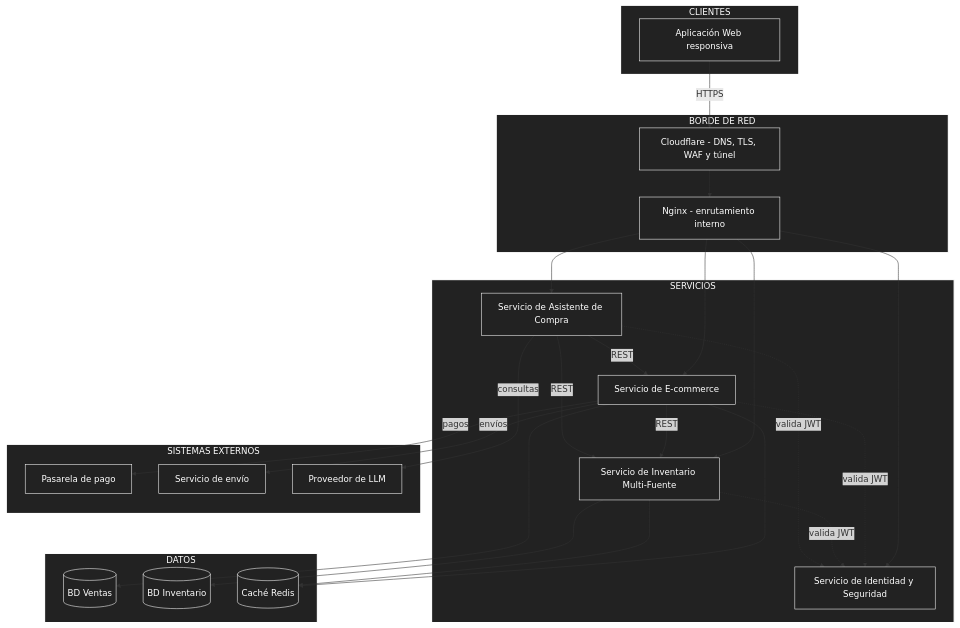
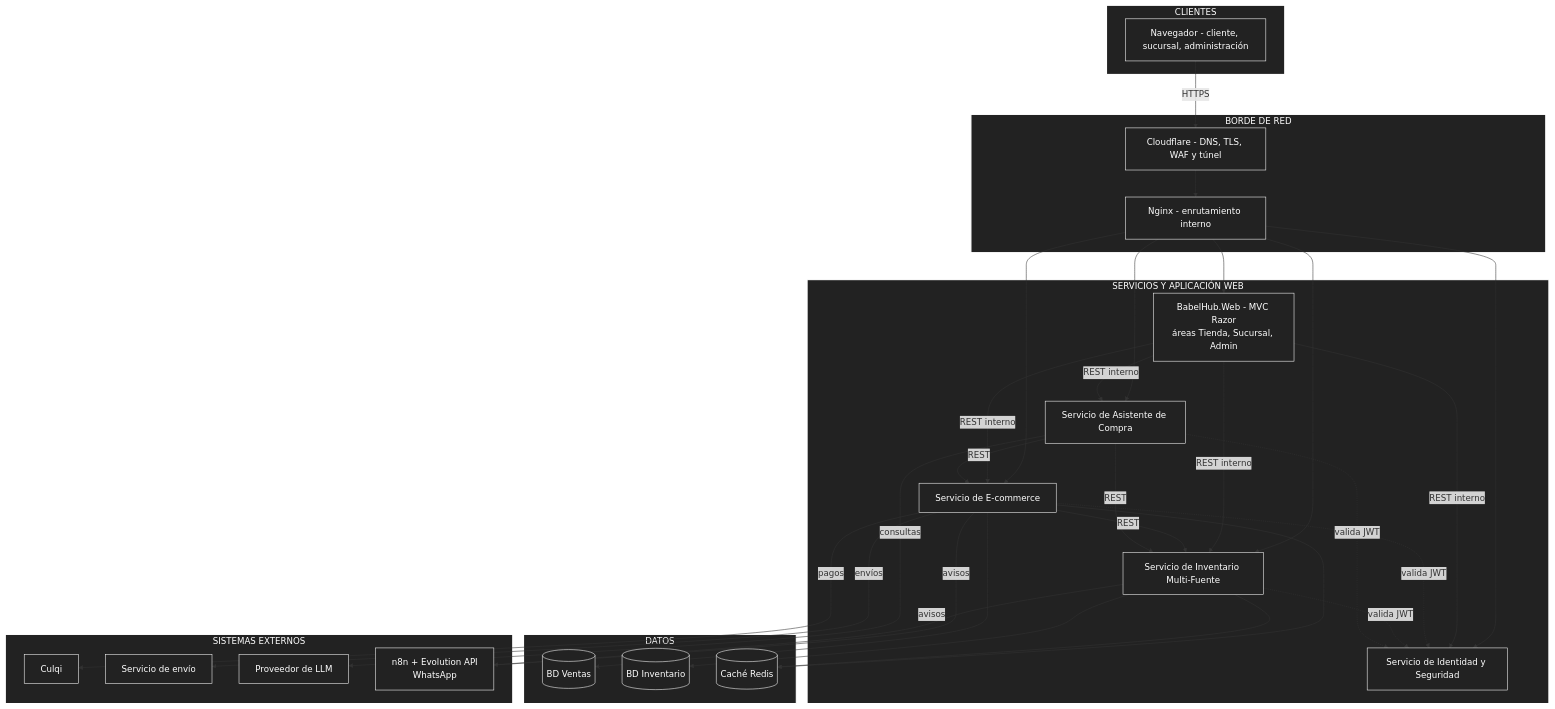
The first of 3 diagrams in docs/06-estilo-arquitectonico.md (P35C4D0R4B1050/BabelHub), drawn with Mermaid before and after one commit. The commit also changed other lines of this file and 1 other file, not shown here.

Commit message:
docs: add BabelHub.Web and 15-spec map to architecture style and approach

````diff
--- a/docs/06-estilo-arquitectonico.md
+++ b/docs/06-estilo-arquitectonico.md
@@ -14,68 +14,79 @@
 ```mermaid
 flowchart TD
 subgraph CLIENTES["CLIENTES"]
-Web["Aplicación Web responsiva"]
+Nav["Navegador - cliente, sucursal, administración"]
 end
 subgraph BORDE["BORDE DE RED"]
 CF["Cloudflare - DNS, TLS, WAF y túnel"]
 NGX["Nginx - enrutamiento interno"]
 end
-subgraph SERVICIOS["SERVICIOS"]
+subgraph SERVICIOS["SERVICIOS Y APLICACIÓN WEB"]
+Web["BabelHub.Web - MVC Razor<br/>áreas Tienda, Sucursal, Admin"]
 ECO["Servicio de E-commerce"]
 INV["Servicio de Inventario Multi-Fuente"]
 IDE["Servicio de Identidad y Seguridad"]
 ASI["Servicio de Asistente de Compra"]
 end
 subgraph DATOS["DATOS"]
 BDV[("BD Ventas")]
 BDI[("BD Inventario")]
 RED[("Caché Redis")]
 end
 subgraph EXTERNOS["SISTEMAS EXTERNOS"]
-PAG["Pasarela de pago"]
+PAG["Culqi"]
 ENV["Servicio de envío"]
 LLM["Proveedor de LLM"]
+NOT["n8n + Evolution API<br/>WhatsApp"]
 end
 
-Web -->|"HTTPS"| CF
+Nav -->|"HTTPS"| CF
 CF --> NGX
+NGX --> Web
 NGX --> ECO
 NGX --> INV
 NGX --> IDE
 NGX --> ASI
 
+Web -->|"REST interno"| ECO
+Web -->|"REST interno"| INV
+Web -->|"REST interno"| IDE
+Web -->|"REST interno"| ASI
 ECO -->|"REST"| INV
 ASI -->|"REST"| ECO
 ASI -->|"REST"| INV
 ECO -.->|"valida JWT"| IDE
 INV -.->|"valida JWT"| IDE
 ASI -.->|"valida JWT"| IDE
 
 ECO --> BDV
 INV --> BDI
 ECO --> RED
 INV --> RED
 
 ECO -->|"pagos"| PAG
 ECO -->|"envíos"| ENV
+ECO -->|"avisos"| NOT
+INV -->|"avisos"| NOT
 ASI -->|"consultas"| LLM
 
+style Nav fill:#222,stroke:#fff,color:#fff
+style NOT fill:#222,stroke:#fff,color:#fff
 style CLIENTES fill:#222,stroke:#fff,stroke-width:2px,color:#fff
 style BORDE fill:#222,stroke:#fff,stroke-width:2px,color:#fff
 style SERVICIOS fill:#222,stroke:#fff,stroke-width:2px,color:#fff
 style DATOS fill:#222,stroke:#fff,stroke-width:2px,color:#fff
 style EXTERNOS fill:#222,stroke:#fff,stroke-width:2px,color:#fff
 style Web fill:#222,stroke:#fff,color:#fff
 style CF fill:#222,stroke:#fff,color:#fff
 style NGX fill:#222,stroke:#fff,color:#fff
 style ECO fill:#222,stroke:#fff,color:#fff
 style INV fill:#222,stroke:#fff,color:#fff
 style IDE fill:#222,stroke:#fff,color:#fff
 style ASI fill:#222,stroke:#fff,color:#fff
 style BDV fill:#222,stroke:#fff,color:#fff
 style BDI fill:#222,stroke:#fff,color:#fff
 style RED fill:#222,stroke:#fff,color:#fff
 style PAG fill:#222,stroke:#fff,color:#fff
 style ENV fill:#222,stroke:#fff,color:#fff
 style LLM fill:#222,stroke:#fff,color:#fff
 ```
````
